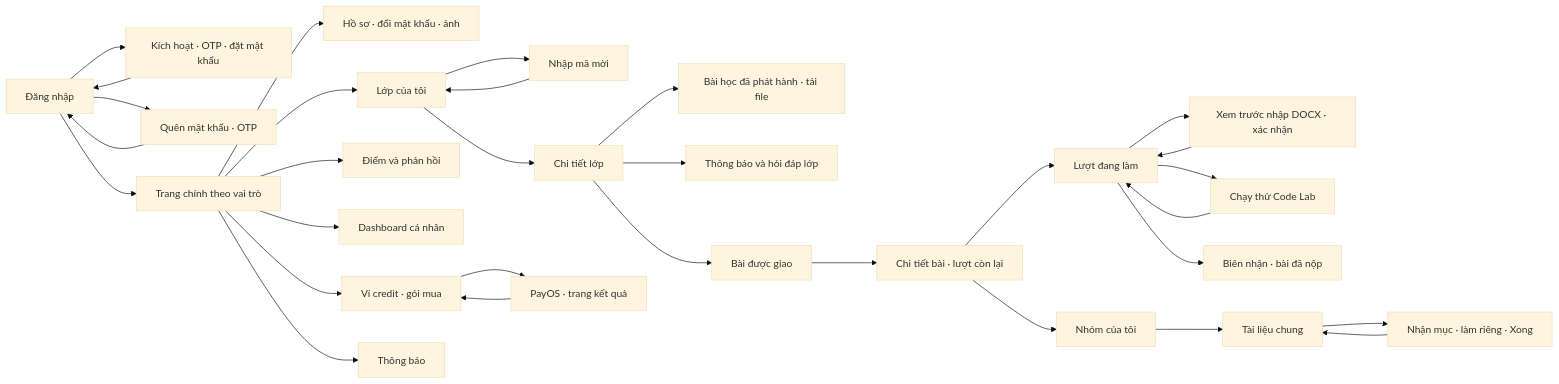
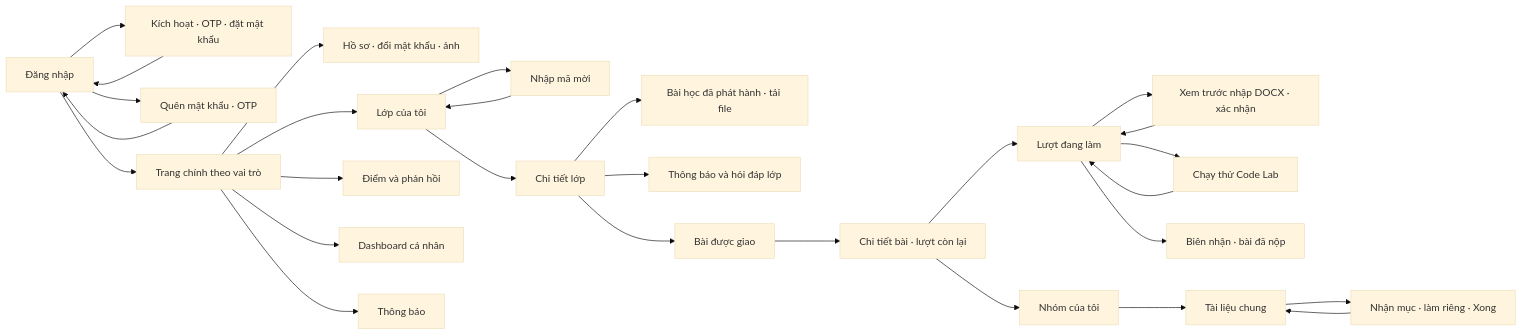
Before and after one commit to hygef-v4/AI-Powered-Learning-Platform: the first of 3 diagrams in docs/screen-flow.md, drawn with Mermaid (base theme). The commit also changed other lines of this file and 27 other files, not shown here.

````diff
--- a/docs/screen-flow.md
+++ b/docs/screen-flow.md
@@ -9,44 +9,41 @@
 ```mermaid
 flowchart LR
     login["Đăng nhập"]
     activate["Kích hoạt · OTP · đặt mật khẩu"]
     reset["Quên mật khẩu · OTP"]
     shell["Trang chính theo vai trò"]
     profile["Hồ sơ · đổi mật khẩu · ảnh"]
     classes["Lớp của tôi"]
     join["Nhập mã mời"]
     classPage["Chi tiết lớp"]
     lesson["Bài học đã phát hành · tải file"]
     discussion["Thông báo và hỏi đáp lớp"]
     assignments["Bài được giao"]
     overview["Chi tiết bài · lượt còn lại"]
     attempt["Lượt đang làm"]
     docx["Xem trước nhập DOCX · xác nhận"]
     code["Chạy thử Code Lab"]
     receipt["Biên nhận · bài đã nộp"]
     group["Nhóm của tôi"]
     groupDoc["Tài liệu chung"]
     section["Nhận mục · làm riêng · Xong"]
     grades["Điểm và phản hồi"]
     dashboard["Dashboard cá nhân"]
-    credits["Ví credit · gói mua"]
-    payment["PayOS · trang kết quả"]
     notifications["Thông báo"]
     login --> shell
     login --> activate --> login
     login --> reset --> login
     shell --> profile
     shell --> classes
     classes --> join --> classes
     classes --> classPage
     classPage --> lesson
     classPage --> discussion
     classPage --> assignments --> overview --> attempt --> receipt
     attempt --> docx --> attempt
     attempt --> code --> attempt
     overview --> group --> groupDoc --> section --> groupDoc
     shell --> grades
     shell --> dashboard
-    shell --> credits --> payment --> credits
     shell --> notifications
 ```
````
